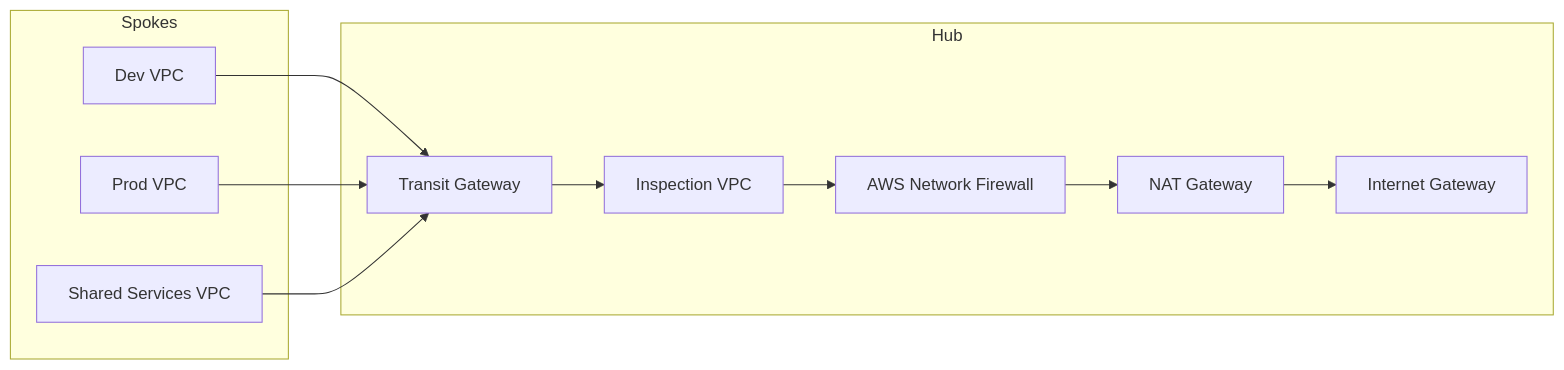
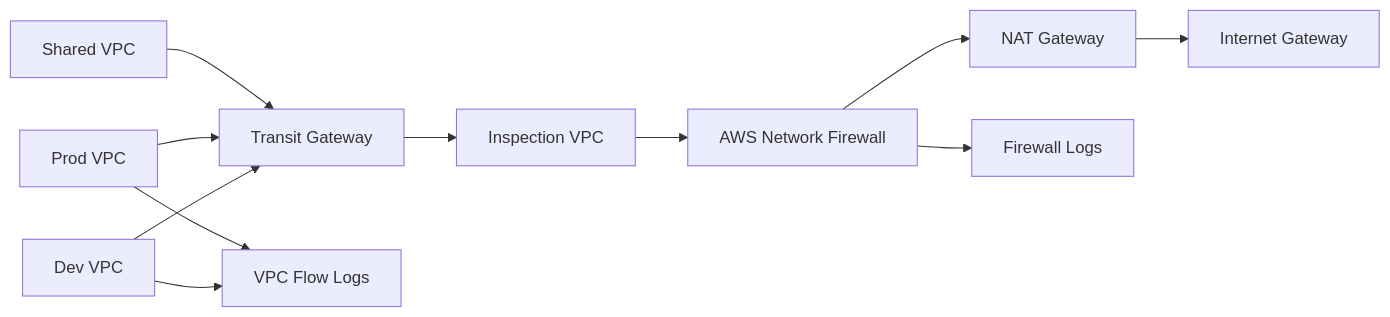
Before and after one commit to JamieChristian22/aws-security-networking: the diagram in projects/01-network-core/README.md, drawn with Mermaid. The commit also changed other lines of this file and 45 other files, not shown here.

````diff
--- a/projects/01-network-core/README.md
+++ b/projects/01-network-core/README.md
@@ -17,22 +10,13 @@
 ```mermaid
 flowchart LR
-  subgraph Spokes
-    DEV[Dev VPC]
-    PROD[Prod VPC]
-    SHARED[Shared Services VPC]
-  end
-
-  subgraph Hub
-    TGW[Transit Gateway]
-    INSP[Inspection VPC]
-    NFW[AWS Network Firewall]
-    IGW[Internet Gateway]
-    NAT[NAT Gateway]
-  end
-
-  DEV --> TGW
-  PROD --> TGW
-  SHARED --> TGW
-
-  TGW --> INSP --> NFW --> NAT --> IGW
+DEV[Dev VPC] --> TGW[Transit Gateway]
+PROD[Prod VPC] --> TGW
+SHARED[Shared VPC] --> TGW
+TGW --> INSP[Inspection VPC]
+INSP --> NFW[AWS Network Firewall]
+NFW --> NAT[NAT Gateway]
+NAT --> IGW[Internet Gateway]
+NFW --> LOGS[Firewall Logs]
+DEV --> FLOW[VPC Flow Logs]
+PROD --> FLOW
 ```
````
